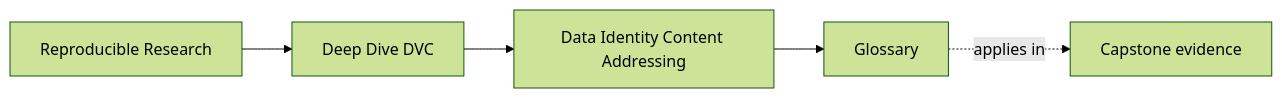
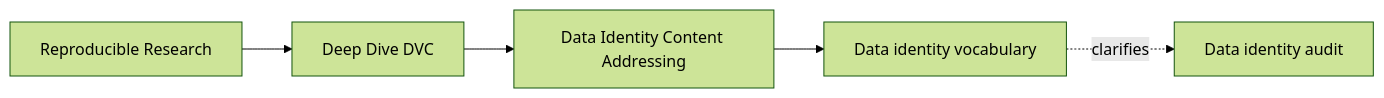
The first of 4 diagrams in programs/reproducible-research/deep-dive-dvc/course-book/module-02-data-identity-content-addressing/glossary.md (bijux/bijux-masterclass), drawn with Mermaid (forest theme) before and after one commit. The commit also changed other lines of this file, not shown here.

Commit message:
docs(dvc): distinguish data identity vocabulary

````diff
--- a/programs/reproducible-research/deep-dive-dvc/course-book/module-02-data-identity-content-addressing/glossary.md
+++ b/programs/reproducible-research/deep-dive-dvc/course-book/module-02-data-identity-content-addressing/glossary.md
@@ -7,11 +6,11 @@
 ```mermaid
 graph LR
   family["Reproducible Research"]
   program["Deep Dive DVC"]
   section["Data Identity Content Addressing"]
-  page["Glossary"]
-  capstone["Capstone evidence"]
+  page["Data identity vocabulary"]
+  capstone["Data identity audit"]
 
   family --> program --> section --> page
-  page -.applies in.-> capstone
+  page -.clarifies.-> capstone
 ```
````
